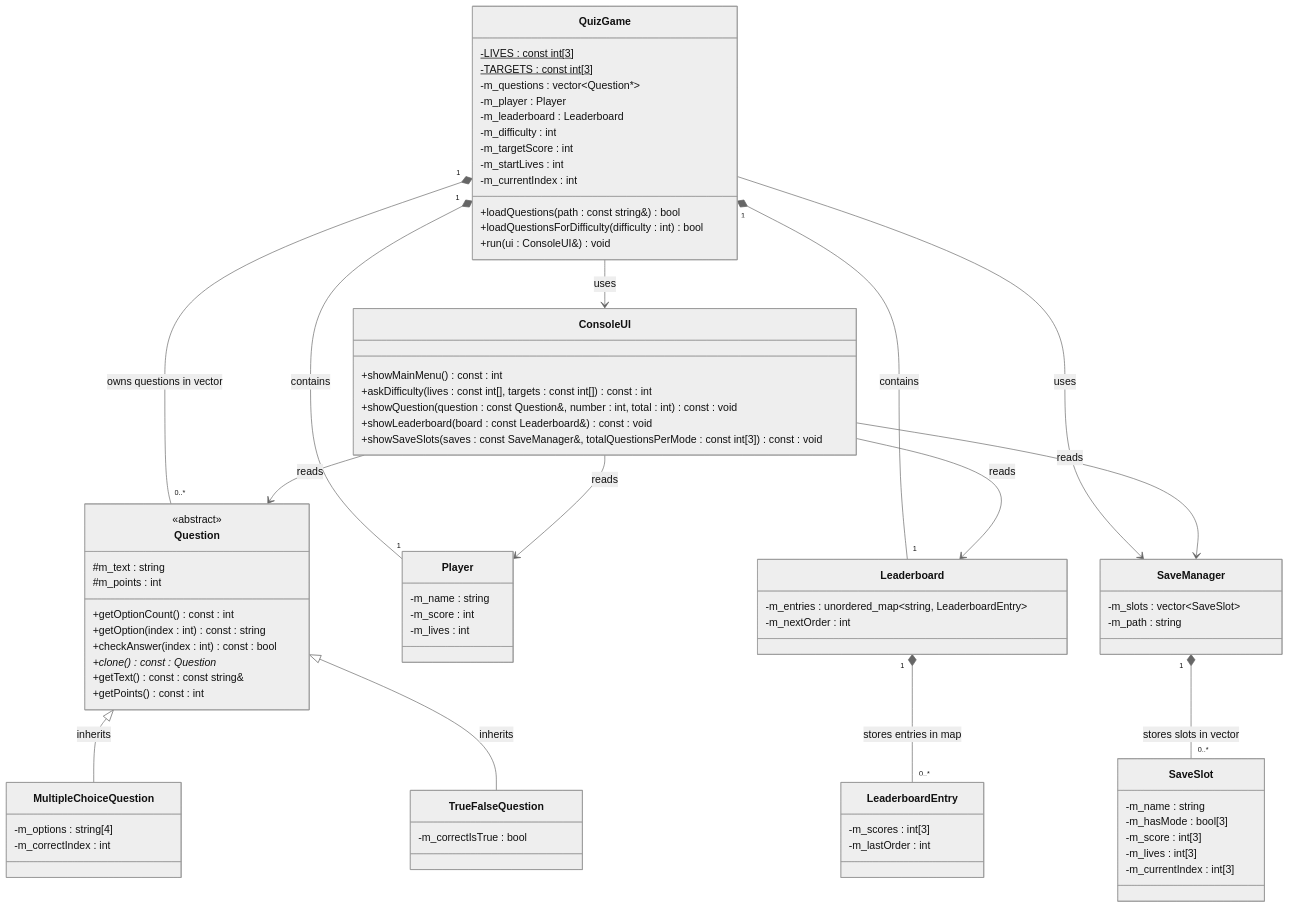
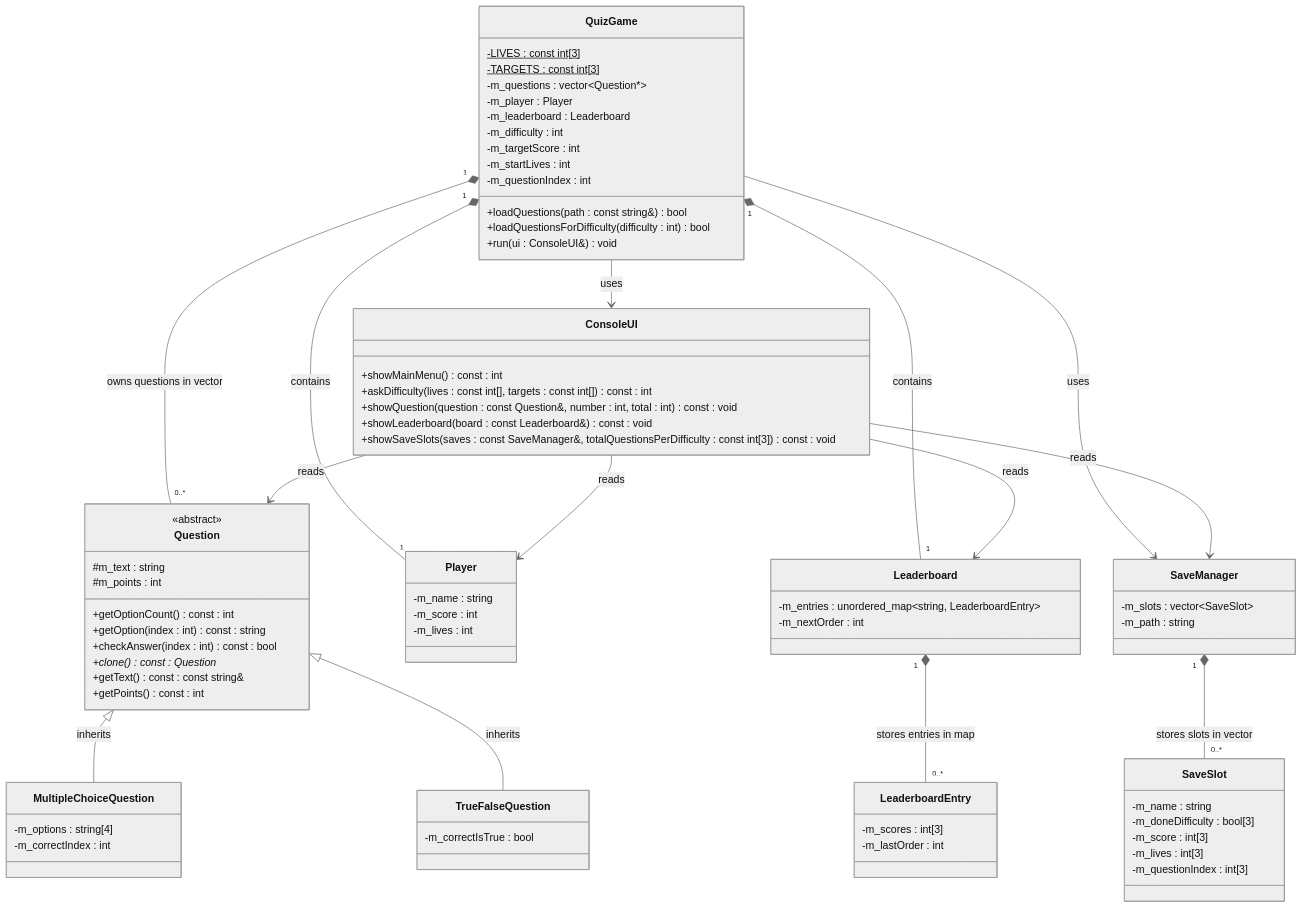
The diagram in README.md (xGota7/Oop-Final-Project), drawn with Mermaid (neutral theme) before and after one commit. The commit also changed 14 other files, not shown here.

```diff
--- a/README.md
+++ b/README.md
@@ -189,10 +189,10 @@
 
     class SaveSlot {
         -m_name : string
-        -m_hasMode : bool[3]
+        -m_doneDifficulty : bool[3]
         -m_score : int[3]
         -m_lives : int[3]
-        -m_currentIndex : int[3]
+        -m_questionIndex : int[3]
     }
 
     class SaveManager {
@@ -209,7 +209,7 @@
         -m_difficulty : int
         -m_targetScore : int
         -m_startLives : int
-        -m_currentIndex : int
+        -m_questionIndex : int
         +loadQuestions(path : const string&) bool
         +loadQuestionsForDifficulty(difficulty : int) bool
         +run(ui : ConsoleUI&) void
@@ -220,7 +220,7 @@
         +askDifficulty(lives : const int[], targets : const int[]) const : int
         +showQuestion(question : const Question&, number : int, total : int) const : void
         +showLeaderboard(board : const Leaderboard&) const : void
-        +showSaveSlots(saves : const SaveManager&, totalQuestionsPerMode : const int[3]) const : void
+        +showSaveSlots(saves : const SaveManager&, totalQuestionsPerDifficulty : const int[3]) const : void
     }
 
     Question <|-- MultipleChoiceQuestion : inherits
```
